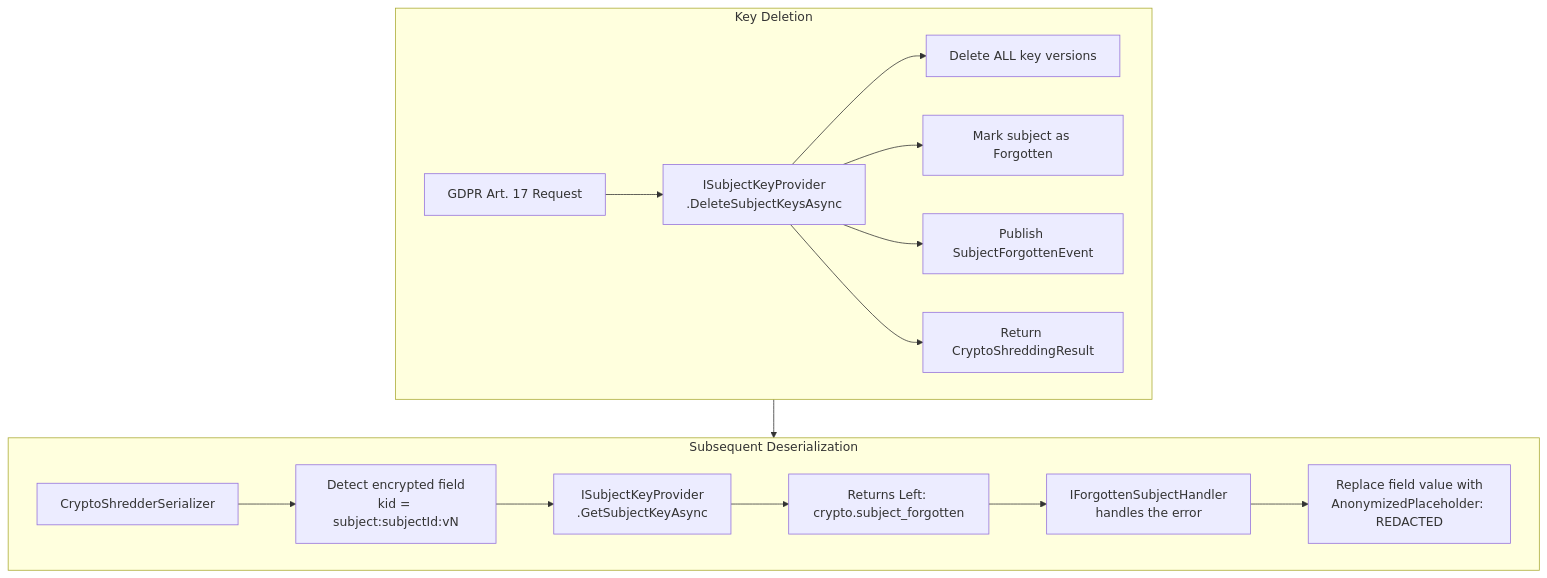
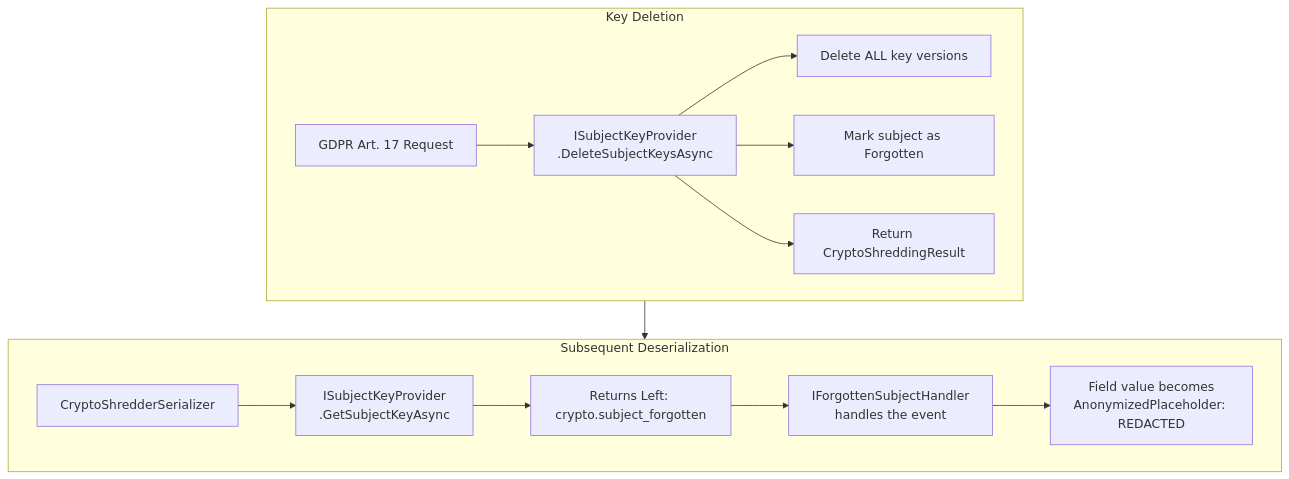
The fourth of 5 diagrams in docs/features/crypto-shredding.md (dlrivada/Encina), drawn with Mermaid before and after one commit. The commit also changed other lines of this file and 4 other files, not shown here.

````diff
--- a/docs/features/crypto-shredding.md
+++ b/docs/features/crypto-shredding.md
@@ -134,20 +148,18 @@
 ```mermaid
 flowchart TD
     subgraph forget ["Key Deletion"]
         A["GDPR Art. 17 Request"] --> B["ISubjectKeyProvider<br/>.DeleteSubjectKeysAsync"]
         B --> C["Delete ALL key versions"]
         B --> D["Mark subject as Forgotten"]
-        B --> E["Publish SubjectForgottenEvent"]
         B --> F["Return CryptoShreddingResult"]
     end
 
     subgraph deser ["Subsequent Deserialization"]
-        G["CryptoShredderSerializer"] --> H["Detect encrypted field<br/>kid = subject:subjectId:vN"]
-        H --> I["ISubjectKeyProvider<br/>.GetSubjectKeyAsync"]
+        G["CryptoShredderSerializer"] --> I["ISubjectKeyProvider<br/>.GetSubjectKeyAsync"]
         I --> J["Returns Left: crypto.subject_forgotten"]
-        J --> K["IForgottenSubjectHandler<br/>handles the error"]
-        K --> L["Replace field value with<br/>AnonymizedPlaceholder: REDACTED"]
+        J --> K["IForgottenSubjectHandler<br/>handles the event"]
+        K --> L["Field value becomes<br/>AnonymizedPlaceholder: REDACTED"]
     end
 
     forget --> deser
 ```
````
